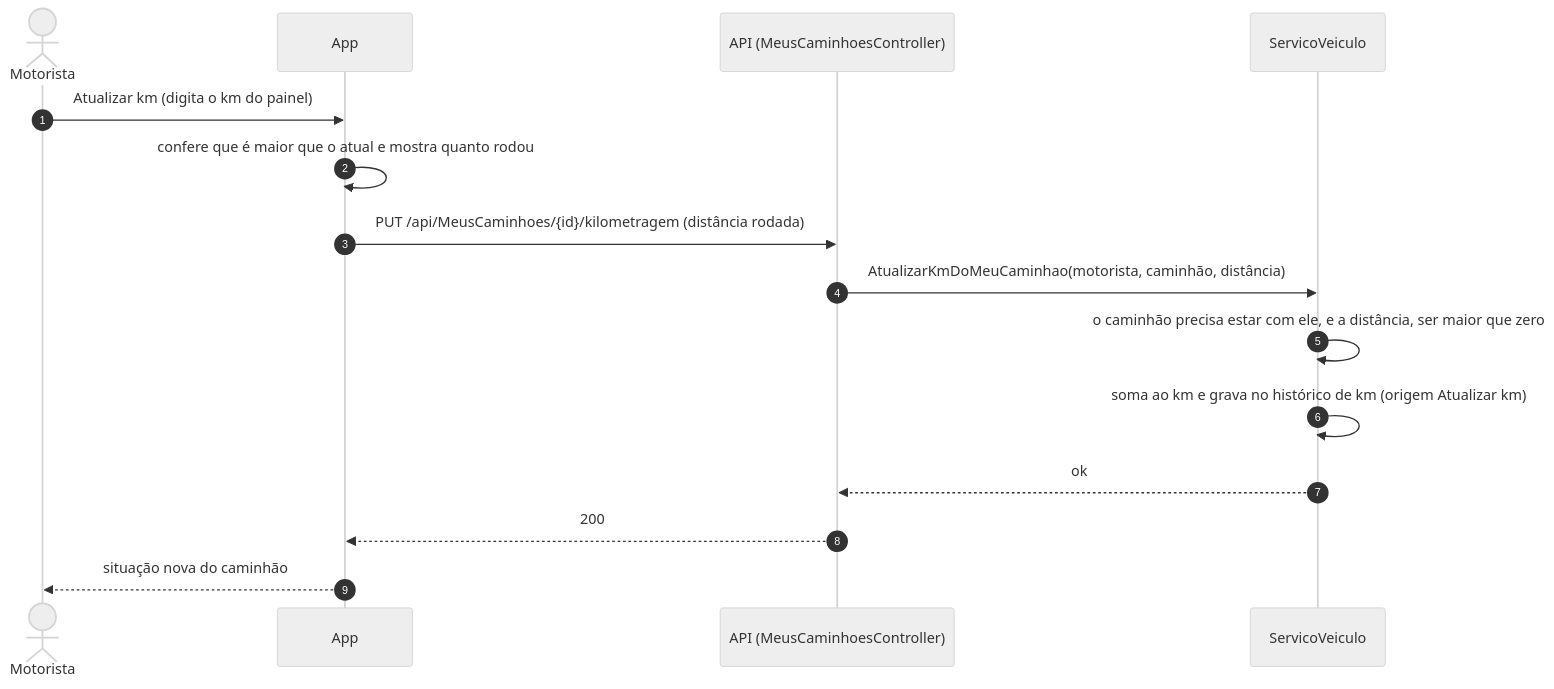
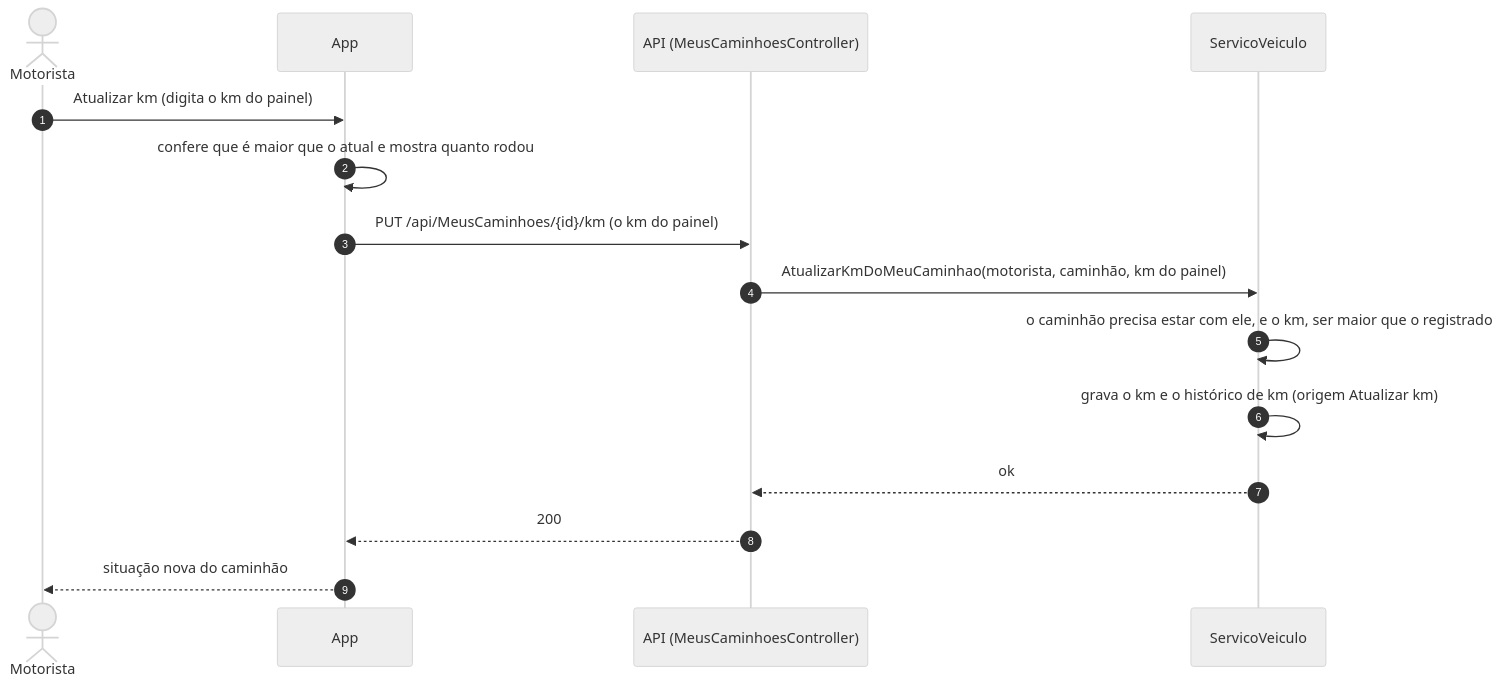
The eighth of 9 diagrams in docs/fluxos.md (LeandroPoletti/CheckTruck), drawn with Mermaid (neutral theme) before and after one commit. The commit also changed other lines of this file and 74 other files, not shown here.

````diff
--- a/docs/fluxos.md
+++ b/docs/fluxos.md
@@ -228,18 +229,18 @@
 ```mermaid
 sequenceDiagram
     autonumber
     actor M as Motorista
     participant App as App
     participant A as API (MeusCaminhoesController)
     participant V as ServicoVeiculo
 
     M->>App: Atualizar km (digita o km do painel)
     App->>App: confere que é maior que o atual e mostra quanto rodou
-    App->>A: PUT /api/MeusCaminhoes/{id}/kilometragem (distância rodada)
-    A->>V: AtualizarKmDoMeuCaminhao(motorista, caminhão, distância)
-    V->>V: o caminhão precisa estar com ele, e a distância, ser maior que zero
-    V->>V: soma ao km e grava no histórico de km (origem Atualizar km)
+    App->>A: PUT /api/MeusCaminhoes/{id}/km (o km do painel)
+    A->>V: AtualizarKmDoMeuCaminhao(motorista, caminhão, km do painel)
+    V->>V: o caminhão precisa estar com ele, e o km, ser maior que o registrado
+    V->>V: grava o km e o histórico de km (origem Atualizar km)
     V-->>A: ok
     A-->>App: 200
     App-->>M: situação nova do caminhão
 ```
````
